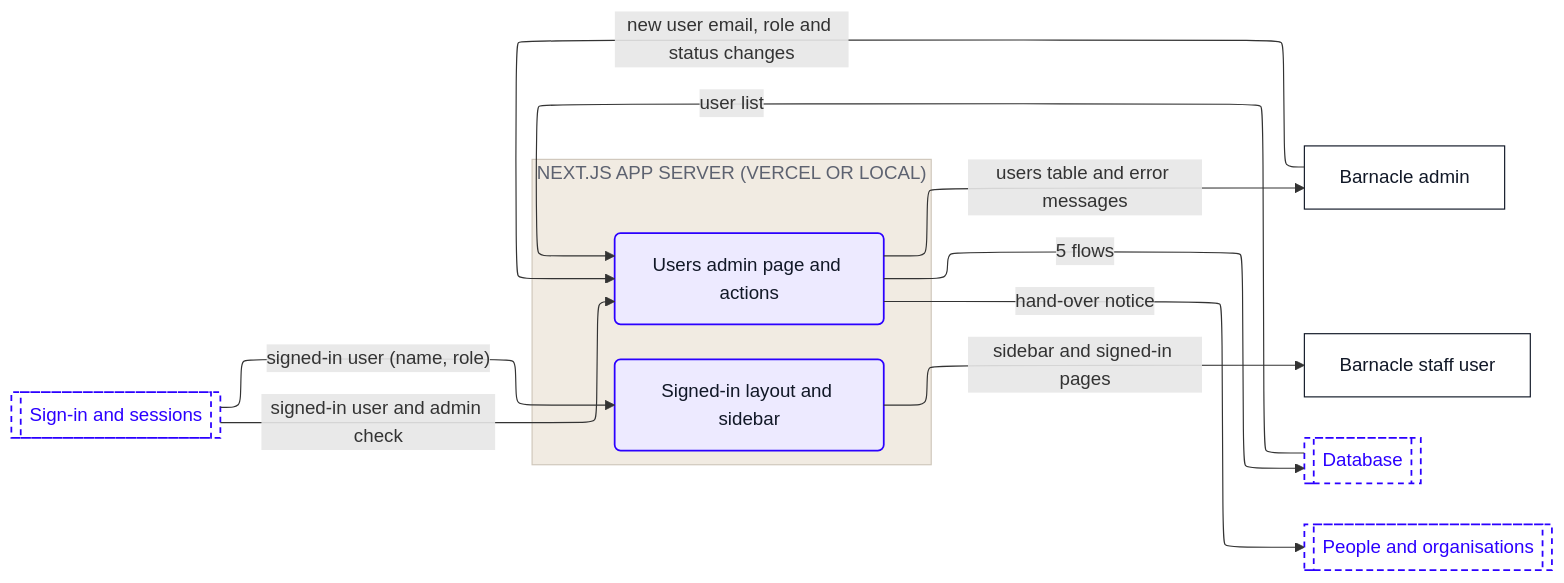
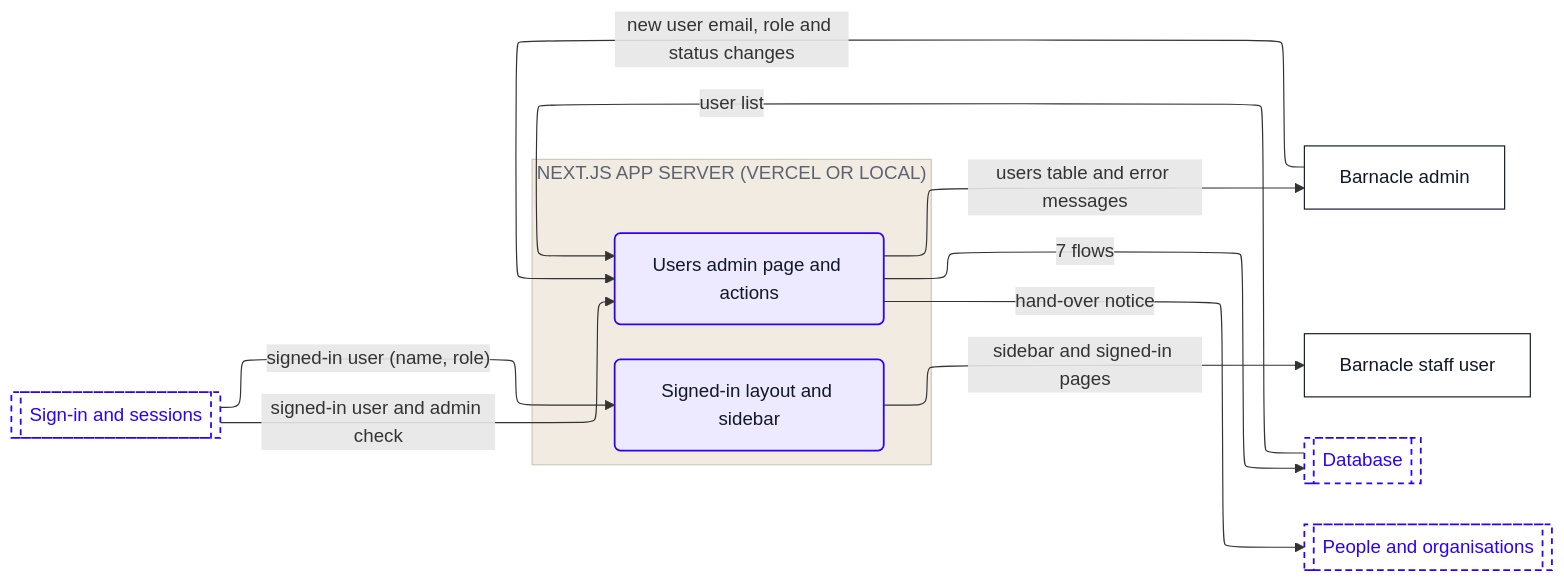
Before and after one commit to Romain-Perche/Barnacle-Pipe: the ninth of 9 diagrams in dataflow/DATAFLOW.md, drawn with Mermaid. The commit also changed other lines of this file and 7 other files, not shown here.

````diff
--- a/dataflow/DATAFLOW.md
+++ b/dataflow/DATAFLOW.md
@@ -439,34 +440,34 @@
 ```mermaid
 ---
 config:
   layout: elk
 ---
 flowchart LR
     n1["Barnacle admin"]
     n2["Barnacle staff user"]
     subgraph z1["NEXT.JS APP SERVER (VERCEL OR LOCAL)"]
         n3("Signed-in layout and sidebar")
         n4("Users admin page and actions")
     end
     n5[["Database"]]
     n6[["People and organisations"]]
     n7[["Sign-in and sessions"]]
     n1 -->|"new user email, role and status changes"| n4
     n3 -->|"sidebar and signed-in pages"| n2
     n7 -->|"signed-in user (name, role)"| n3
     n7 -->|"signed-in user and admin check"| n4
     n4 -->|"users table and error messages"| n1
-    n4 -->|"5 flows"| n5
+    n4 -->|"7 flows"| n5
     n4 -->|"hand-over notice"| n6
     n5 -->|"user list"| n4
     classDef actor fill:#FFFFFF,stroke:#111827,stroke-width:1px,color:#111827
     classDef process fill:#EDEAFF,stroke:#2B00FF,stroke-width:1.5px,color:#111827
     classDef store fill:#FAF6F1,stroke:#111827,stroke-width:1.5px,color:#111827
     classDef zone fill:#1A1A1A,stroke:#1A1A1A,color:#FFFFFF
     classDef group fill:#2B00FF,stroke:#2B00FF,color:#FFFFFF
     classDef stub fill:#FFFFFF,stroke:#2B00FF,stroke-width:1.5px,stroke-dasharray:5 4,color:#2B00FF
     class n1,n2 actor
     class n3,n4 process
     class n5,n6,n7 stub
     style z1 fill:#F1EBE2,stroke:#CFC7BB,color:#5D6270
 ```
````
